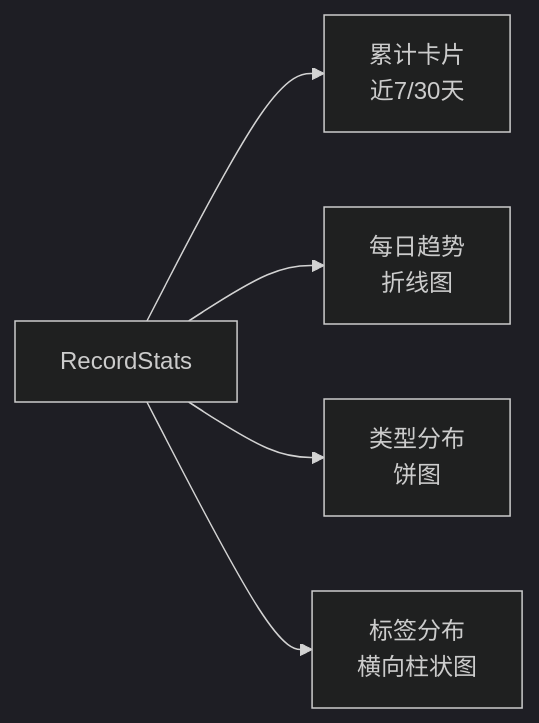
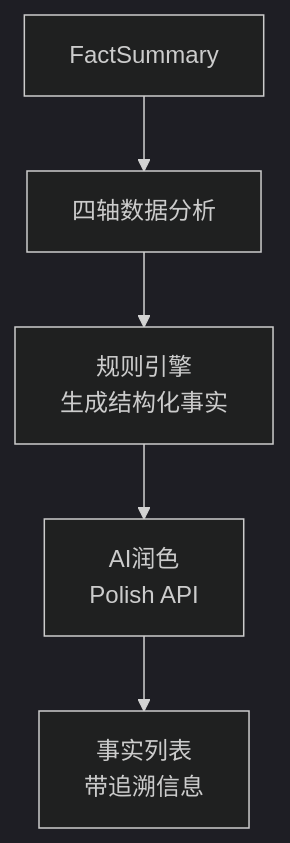
One commit to bbong1234/TETO changed the fifth of 14 diagrams in .qoder/repowiki/zh/content/核心功能模块/洞察分析系统/洞察分析系统.md. Above: the diagram before and after it, drawn with Mermaid (dark theme). The commit also changed other lines of this file and 10 other files, not shown here.

````diff
--- a/.qoder/repowiki/zh/content/核心功能模块/洞察分析系统/洞察分析系统.md
+++ b/.qoder/repowiki/zh/content/核心功能模块/洞察分析系统/洞察分析系统.md
@@ -162,7 +216,7 @@
 ```mermaid
-graph LR
-A["RecordStats"] --> B["累计卡片<br/>近7/30天"]
-A --> C["每日趋势<br/>折线图"]
-A --> D["类型分布<br/>饼图"]
-A --> E["标签分布<br/>横向柱状图"]
+flowchart TD
+A["FactSummary"] --> B["四轴数据分析"]
+B --> C["规则引擎<br/>生成结构化事实"]
+C --> D["AI润色<br/>Polish API"]
+D --> E["事实列表<br/>带追溯信息"]
 ```
````
